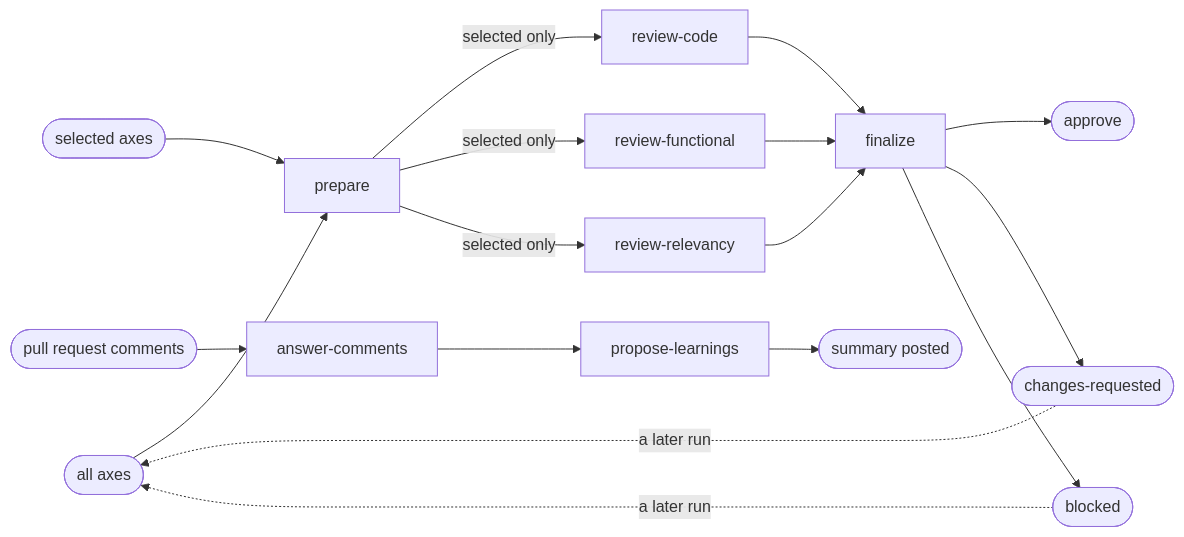
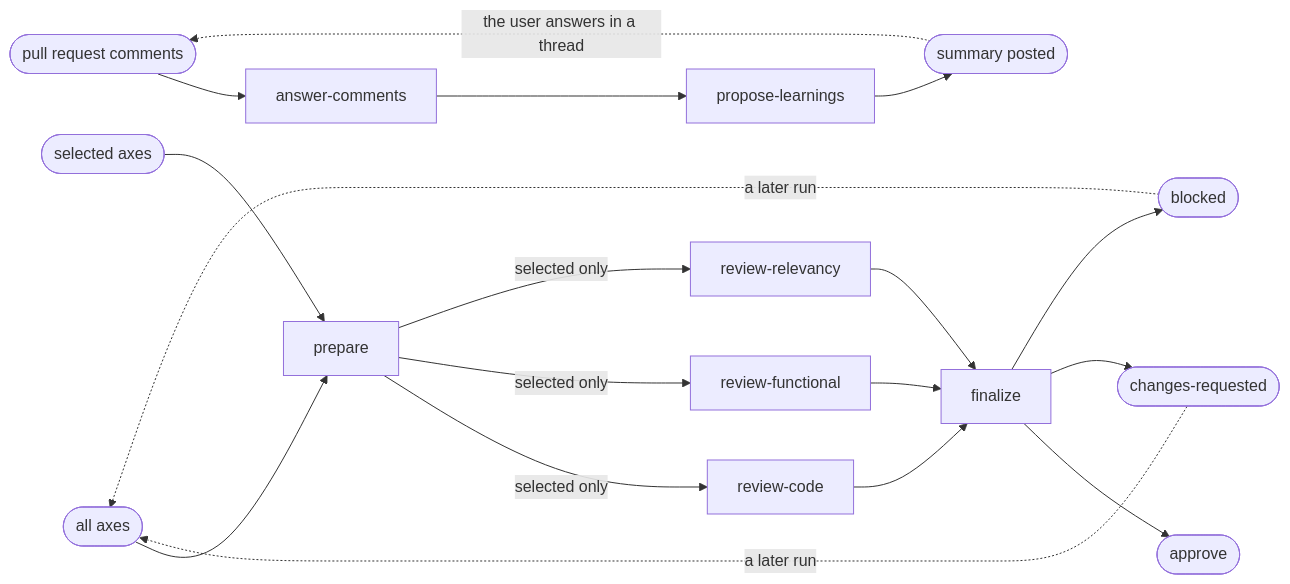
The diagram in plugins/aidd-dev/skills/05-review/SKILL.md (ai-driven-dev/framework), drawn with Mermaid before and after one commit. The commit also changed other lines of this file and 4 other files, not shown here.

First line of the commit message:
refactor(aidd-dev): shape the review comments flow to the skill authoring contract

````diff
--- a/plugins/aidd-dev/skills/05-review/SKILL.md
+++ b/plugins/aidd-dev/skills/05-review/SKILL.md
@@ -9,12 +9,13 @@
 ```mermaid
 flowchart LR
   all([all axes]) --> prepare
   one([selected axes]) --> prepare
   prepare -->|selected only| review-code & review-functional & review-relevancy --> finalize
   finalize --> approve([approve])
   finalize --> changes([changes-requested])
   finalize --> blocked([blocked])
   changes -.->|a later run| all
   blocked -.->|a later run| all
   pr([pull request comments]) --> answer-comments --> propose-learnings --> summary([summary posted])
+  summary -.->|the user answers in a thread| pr
 ```
````
